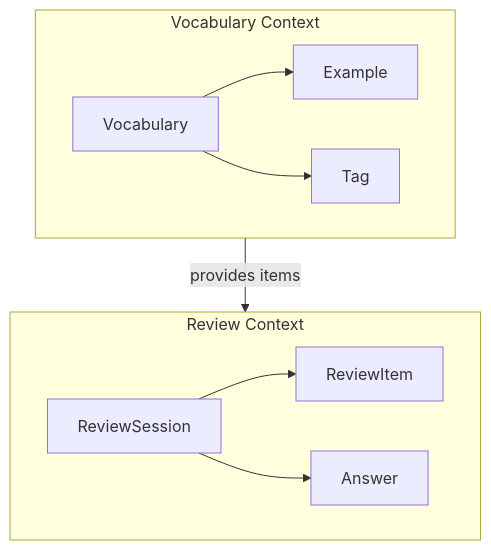
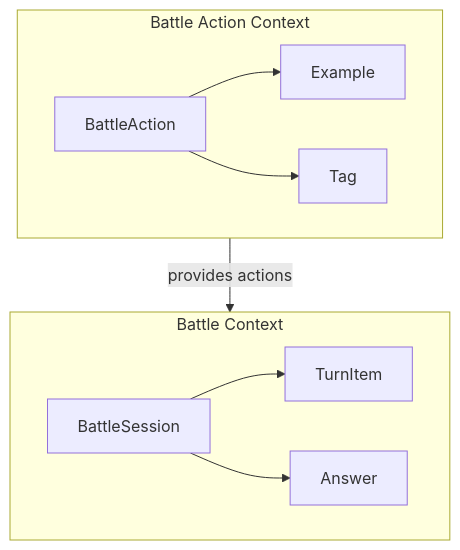
Before and after one commit to buddypia/kaiju-voice: the second of 3 diagrams in .claude/skills/domain-modeler/references/event-storming-patterns.md, drawn with Mermaid. The commit also changed other lines of this file and 353 other files, not shown here.

````diff
--- a/.claude/skills/domain-modeler/references/event-storming-patterns.md
+++ b/.claude/skills/domain-modeler/references/event-storming-patterns.md
@@ -144,14 +144,14 @@
 ```mermaid
 flowchart TD
-    subgraph VocabularyContext["Vocabulary Context"]
-        V[Vocabulary] --> E[Example]
+    subgraph BattleActionContext["Battle Action Context"]
+        V[BattleAction] --> E[Example]
         V --> T[Tag]
     end
 
-    subgraph ReviewContext["Review Context"]
-        RS[ReviewSession] --> RI[ReviewItem]
+    subgraph ReviewContext["Battle Context"]
+        RS[BattleSession] --> RI[TurnItem]
         RS --> A[Answer]
     end
 
-    VocabularyContext -->|provides items| ReviewContext
+    BattleActionContext -->|provides actions| ReviewContext
 ```
````
